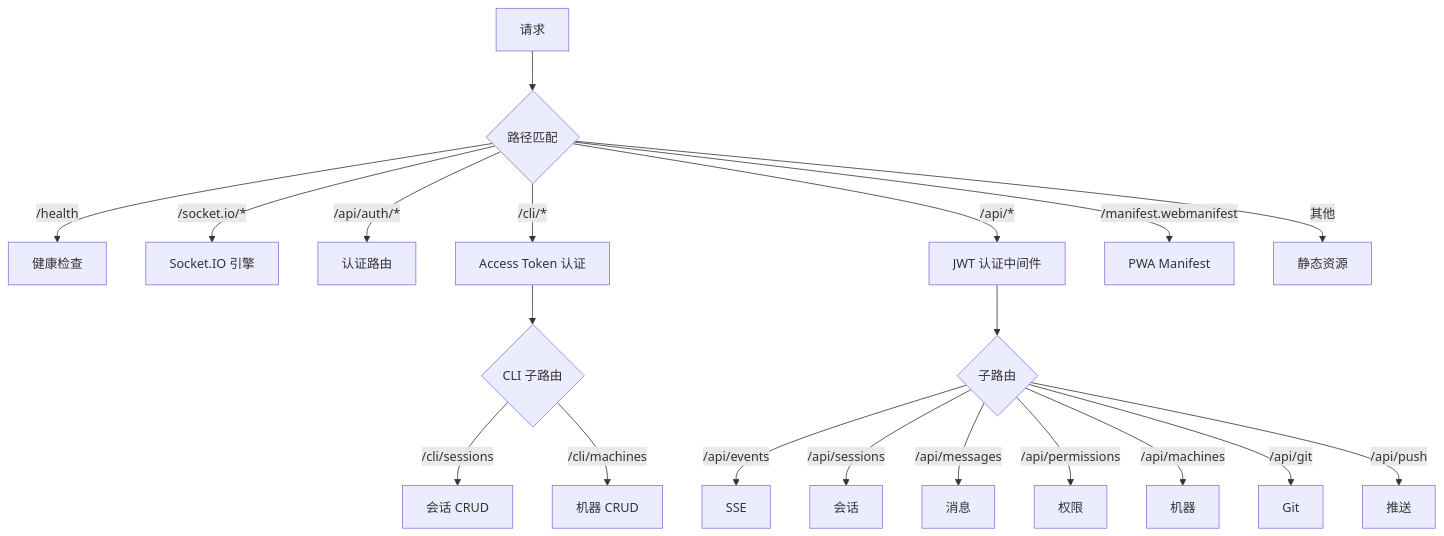
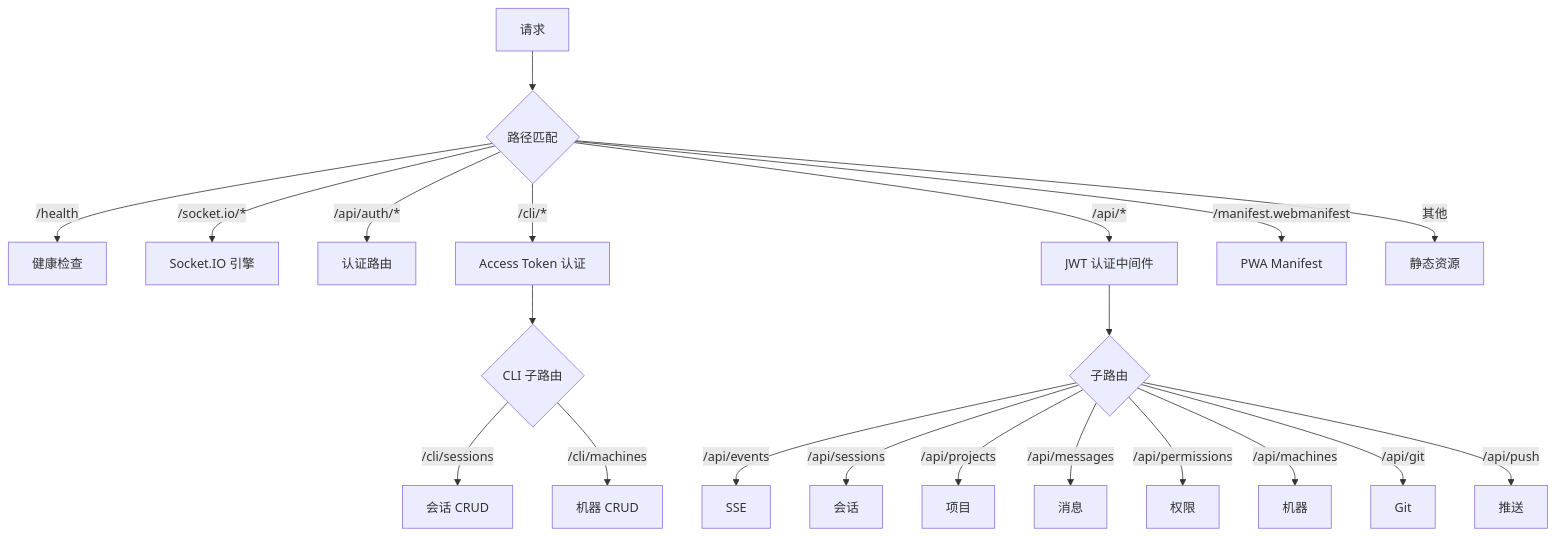
The first of 2 diagrams in docs/architecture/hub/web/README.md (ModuBit/mobi), drawn with Mermaid before and after one commit. The commit also changed other lines of this file and 17 other files, not shown here.

Commit message:
docs(arch): 同步项目实体化——projects API/缓存/事件、--project、web 数据层

````diff
--- a/docs/architecture/hub/web/README.md
+++ b/docs/architecture/hub/web/README.md
@@ -37,25 +37,26 @@
 ```mermaid
 flowchart TB
     request[请求] --> match{路径匹配}
 
     match -->|/health| health[健康检查]
     match -->|/socket.io/*| socketio[Socket.IO 引擎]
     match -->|/api/auth/*| auth[认证路由]
     match -->|/cli/*| cli_auth[Access Token 认证]
     cli_auth --> cli{CLI 子路由}
     cli -->|/cli/sessions| cli_sess[会话 CRUD]
     cli -->|/cli/machines| cli_machine[机器 CRUD]
 
     match -->|/api/*| jwt[JWT 认证中间件]
     jwt --> submatch{子路由}
     submatch -->|/api/events| sse[SSE]
     submatch -->|/api/sessions| sessions[会话]
+    submatch -->|/api/projects| projects[项目]
     submatch -->|/api/messages| messages[消息]
     submatch -->|/api/permissions| permissions[权限]
     submatch -->|/api/machines| machines[机器]
     submatch -->|/api/git| git[Git]
     submatch -->|/api/push| push[推送]
 
     match -->|/manifest.webmanifest| manifest[PWA Manifest]
     match -->|其他| static[静态资源]
 ```
````
